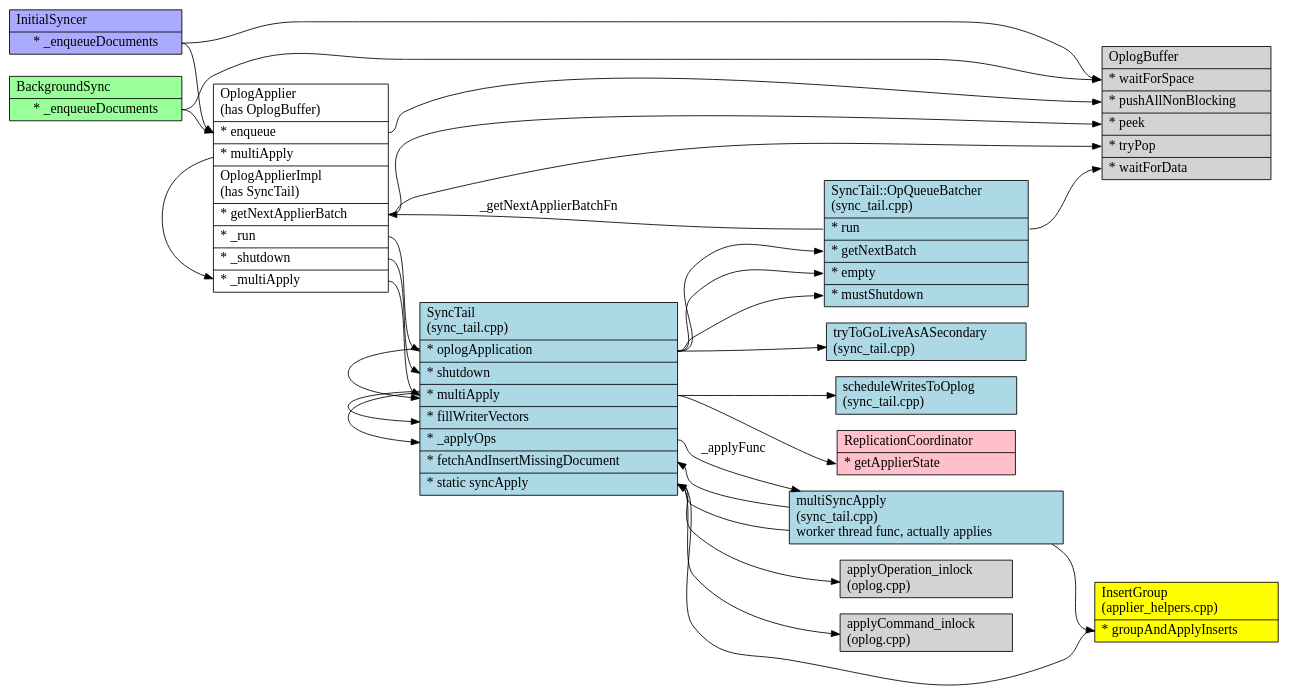
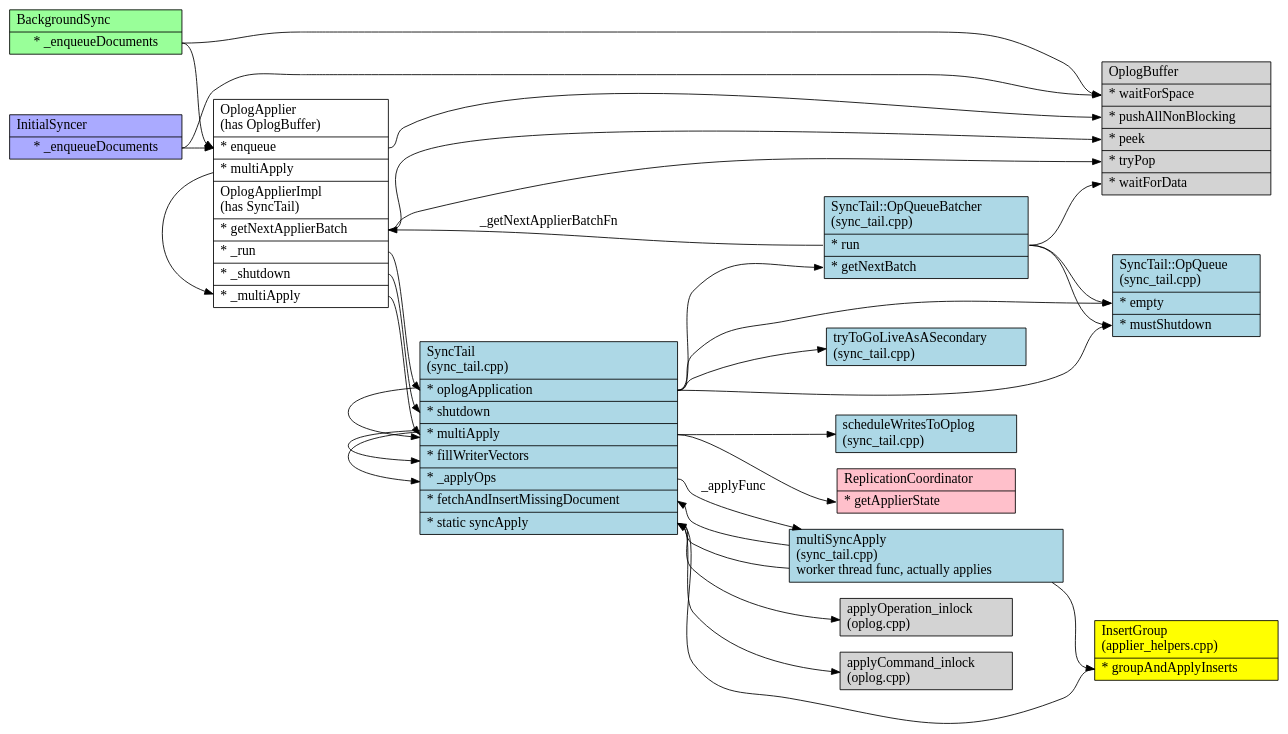
The diagram in oplog_applier/oplog_applier.gv (ajdavis/oplog_applier), drawn with Graphviz before and after one commit. The commit also changed 23 other files, not shown here.

Commit message:
fix OpQueue and OpQueueBatcher

```diff
--- a/oplog_applier/oplog_applier.gv
+++ b/oplog_applier/oplog_applier.gv
@@ -1,154 +1,162 @@
 /*
 
 Currently oplog application is split between OplogApplier, SyncTail, applyOps,
 transaction_oplog_application.cpp, and oplog.cpp. The OplogApplier is the direction we want to be
 moving towards but it wasn't fully completed. We likely will not want to merge everything together,
 but we will save ourselves a lot of time in the future if we finish the OplogApplier and make oplog
 application code much more straightforward.
 
 */
 
 digraph g {
 graph [
 rankdir = "LR";
 ];
 node [
 fontsize = "16";
 labeljust = "left";
 shape = "record";
 style = "filled";
 ];
 edge [
 fontsize = "16";
 ];
 
 /*
  * oplog_applier.cpp
  *
  */
 
 "OplogApplier" [
 fillcolor = white;
 label = "OplogApplier \l(has OplogBuffer)\l|<enqueue> * enqueue\l|<multiApply> * multiApply\l|OplogApplierImpl\l(has SyncTail)\l|<getNextApplierBatch> * getNextApplierBatch\l|<_run> * _run\l|<_shutdown> * _shutdown\l|<_multiApply> * _multiApply\l"
 ];
 
 OplogApplier:enqueue -> OplogBuffer:pushAllNonBlocking;
 OplogApplier:_run -> SyncTail:oplogApplication;
 OplogApplier:_shutdown -> SyncTail:shutdown;
 OplogApplier:multiApply -> OplogApplier:_multiApply;
 OplogApplier:_multiApply -> SyncTail:multiApply;
 
 OplogApplier:getNextApplierBatch -> OplogBuffer:peek [weight=2];
 OplogApplier:getNextApplierBatch -> OplogBuffer:tryPop;
 "OplogBuffer" [
 label = "OplogBuffer\l|<waitForSpace> * waitForSpace\l|<pushAllNonBlocking> * pushAllNonBlocking\l|<peek> * peek\l|<tryPop> * tryPop\l|<waitForData> * waitForData\l"
 ];
 
 /*
  * replication_coordinator_impl.cpp
  */
 
 "ReplicationCoordinator" [
 fillcolor = "pink";
 label = "ReplicationCoordinator\l|<getApplierState> * getApplierState\l";
 ];
 
 /*
  * synctail_.cpp
  *
  */
 
 "tryToGoLiveAsASecondary" [
 fillcolor = "lightblue";
 label = "tryToGoLiveAsASecondary\l(sync_tail.cpp)\l";
 ];
 
+"OpQueue" [
+fillcolor = "lightblue";
+label = "SyncTail::OpQueue\l(sync_tail.cpp)\l|<empty> * empty\l|<mustShutdown> * mustShutdown\l"
+];
+
 // Has _getNextApplierBatchFn - this is OplogApplier::getNextApplierBatch in oplog_applier.cpp
 "OpQueueBatcher" [
 fillcolor = "lightblue";
-label = "SyncTail::OpQueueBatcher\l(sync_tail.cpp)\l|<run> * run\l|<getNextBatch> * getNextBatch\l|<empty> * empty\l|<mustShutdown> * mustShutdown\l"
+label = "SyncTail::OpQueueBatcher\l(sync_tail.cpp)\l|<run> * run\l|<getNextBatch> * getNextBatch\l"
 ];
+
+OpQueueBatcher:run -> OpQueue:empty;
+OpQueueBatcher:run -> OpQueue:mustShutdown;
 
 "SyncTail" [
 fillcolor = "lightblue";
 label = "SyncTail\l(sync_tail.cpp)\l|<oplogApplication> * oplogApplication\l| <shutdown> * shutdown\l|<multiApply> * multiApply\l|<fillWriterVectors> * fillWriterVectors\l|<_applyOps> * _applyOps\l|<fetchAndInsertMissingDocument> * fetchAndInsertMissingDocument\l|<syncApply> * static syncApply\l";
 ];
 
 SyncTail:oplogApplication -> OpQueueBatcher:getNextBatch;
-SyncTail:oplogApplication -> OpQueueBatcher:empty;
-SyncTail:oplogApplication -> OpQueueBatcher:mustShutdown;
+SyncTail:oplogApplication -> OpQueue:empty;
+SyncTail:oplogApplication -> OpQueue:mustShutdown;
 SyncTail:oplogApplication -> SyncTail:multiApply;
 SyncTail:oplogApplication -> tryToGoLiveAsASecondary;
 SyncTail:multiApply -> scheduleWritesToOplog;
 SyncTail:multiApply -> SyncTail:_applyOps;
 SyncTail:multiApply -> SyncTail:fillWriterVectors;
 SyncTail:multiApply -> ReplicationCoordinator:getApplierState;
 SyncTail:_applyOps -> multiSyncApply [label=_applyFunc];
 SyncTail:syncApply -> applyOperation_inlock;
 SyncTail:syncApply -> applyCommand_inlock;
 
 OpQueueBatcher:run -> OplogApplier:getNextApplierBatch [label = _getNextApplierBatchFn];
 OpQueueBatcher:run -> OplogBuffer:waitForData;
 
 "multiSyncApply" [
 fillcolor = "lightblue";
 label = "multiSyncApply\l(sync_tail.cpp)\l  worker thread func, actually applies\l";
 ];
 
 multiSyncApply -> SyncTail:fetchAndInsertMissingDocument;
 multiSyncApply -> SyncTail:syncApply;
 multiSyncApply -> InsertGroup:groupAndApplyInserts;
 
 "scheduleWritesToOplog" [
 fillcolor = "lightblue";
 label = "scheduleWritesToOplog\l(sync_tail.cpp)\l";
 ];
 
 /*
  * applier_helpers.cpp
  */
 
 "InsertGroup" [
 fillcolor = "yellow";
 label = "InsertGroup\l(applier_helpers.cpp)\l|<groupAndApplyInserts> * groupAndApplyInserts\l";
 ];
 
 InsertGroup:groupAndApplyInserts -> SyncTail:syncApply;
 
 /*
  * oplog.cpp
  *
  */
 
 "applyOperation_inlock" [
 fillcolor = "lightgray";
 label = "applyOperation_inlock\l(oplog.cpp)\l";
 ];
 
 "applyCommand_inlock" [
 fillcolor = "lightgray";
 label = "applyCommand_inlock\l(oplog.cpp)\l";
 ];
 
 /*
  * bgsync.cpp
  *
  */
 
 "BackgroundSync" [
 fillcolor = "#99FF99";
 label = "BackgroundSync\l|<_enqueueDocuments> * _enqueueDocuments";
 ]
 
 BackgroundSync:_enqueueDocuments -> OplogBuffer:waitForSpace;
 BackgroundSync:_enqueueDocuments -> OplogApplier:enqueue;
 
 "InitialSyncer" [
 fillcolor = "#AAAAFF";
 label = "InitialSyncer\l|<_enqueueDocuments> * _enqueueDocuments";
 ]
 
 InitialSyncer:_enqueueDocuments -> OplogBuffer:waitForSpace;
 InitialSyncer:_enqueueDocuments -> OplogApplier:enqueue [weight=2];
 
 }
```
